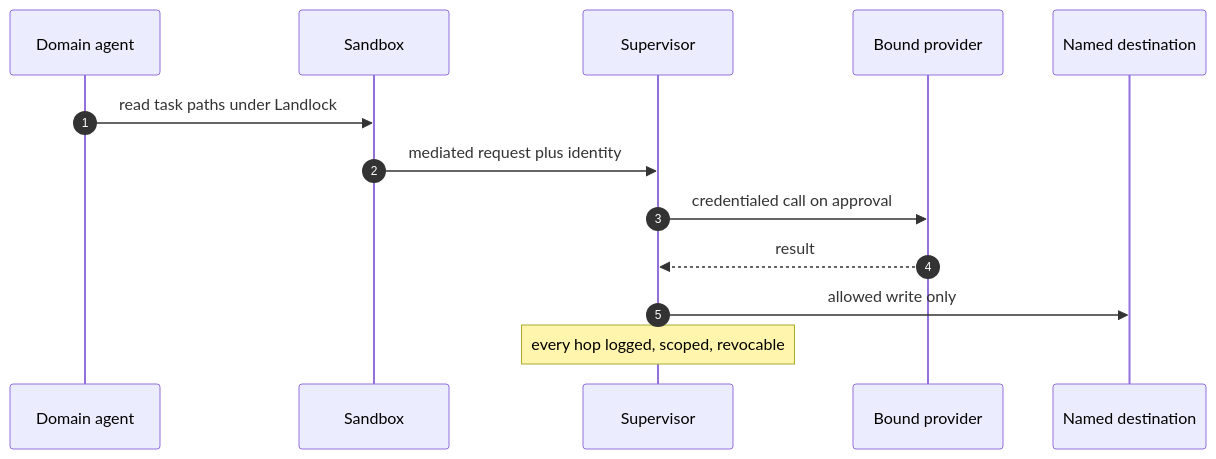
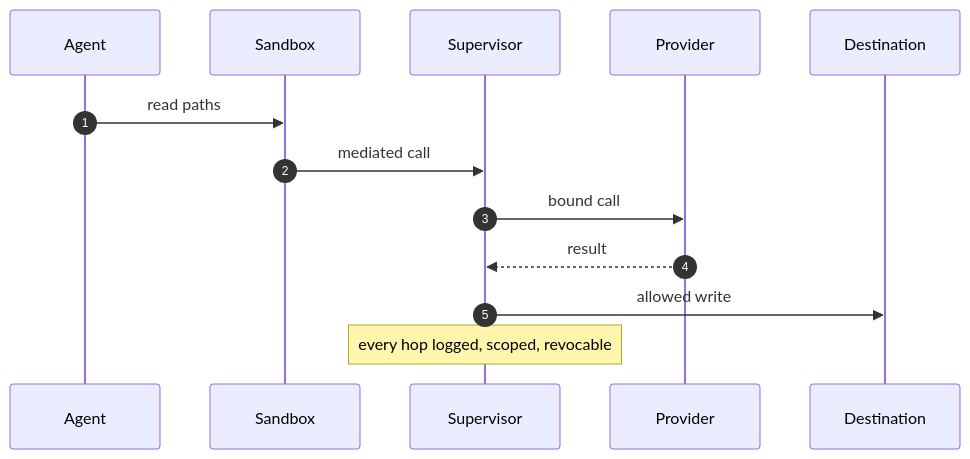
Before and after one commit to harishgovardhandamodar/AI-Agents-Patterns: diagram 23 of 26 in book/OPENSHELL-REFERENCE-ARCHITECTURE.md, drawn with Mermaid. The commit also changed other lines of this file and 4 other files, not shown here.

First line of the commit message:
Presentable UML: vertical stacks, no dead columns, tighter sequences

````diff
--- a/book/OPENSHELL-REFERENCE-ARCHITECTURE.md
+++ b/book/OPENSHELL-REFERENCE-ARCHITECTURE.md
@@ -756,15 +751,15 @@
 ```mermaid
 sequenceDiagram
     autonumber
-    participant A as Domain agent
+    participant A as Agent
     participant SB as Sandbox
     participant SV as Supervisor
-    participant P as Bound provider
-    participant D as Named destination
-    A->>SB: read task paths under Landlock
-    SB->>SV: mediated request plus identity
-    SV->>P: credentialed call on approval
+    participant P as Provider
+    participant D as Destination
+    A->>SB: read paths
+    SB->>SV: mediated call
+    SV->>P: bound call
     P-->>SV: result
-    SV->>D: allowed write only
+    SV->>D: allowed write
     Note over SV: every hop logged, scoped, revocable
 ```
````
